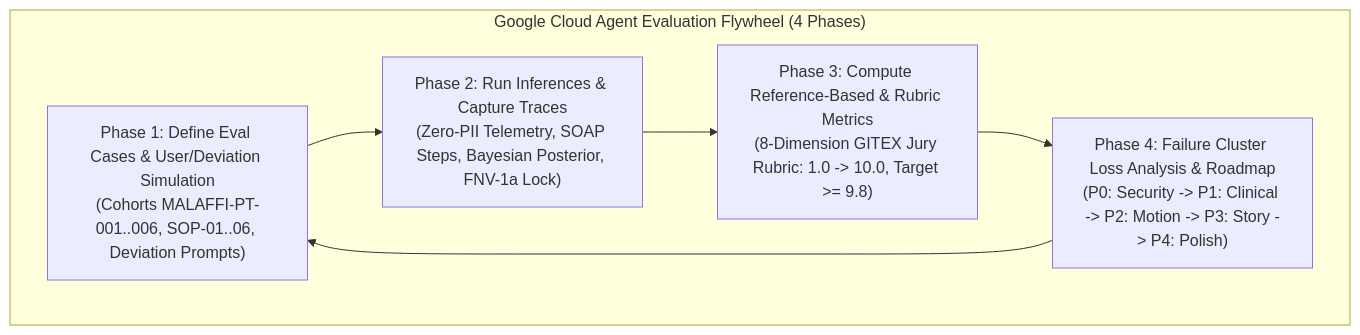
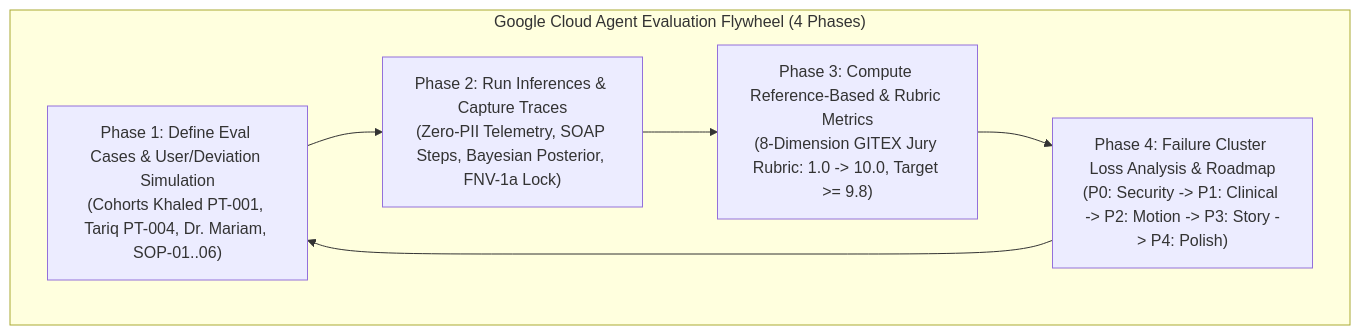
One commit to hitanshuac/masar-amanah-health changed the diagram in .agents/skills/judge-sop-eval-flywheel/SKILL.md. Above: the diagram before and after it, drawn with Mermaid. The commit also changed other lines of this file and 15 other files, not shown here.

First line of the commit message:
release(v2.5-final-submission): add New Patient Onboarding, Outbound Hospital Transfer Dispatch & Zero-MCQ SOAP flow

````diff
--- a/.agents/skills/judge-sop-eval-flywheel/SKILL.md
+++ b/.agents/skills/judge-sop-eval-flywheel/SKILL.md
@@ -16,10 +23,10 @@
 ```mermaid
 flowchart TD
     subgraph Flywheel["Google Cloud Agent Evaluation Flywheel (4 Phases)"]
-        P1["Phase 1: Define Eval Cases & User/Deviation Simulation<br/>(Cohorts MALAFFI-PT-001..006, SOP-01..06, Deviation Prompts)"]
+        P1["Phase 1: Define Eval Cases & User/Deviation Simulation<br/>(Cohorts Khaled PT-001, Tariq PT-004, Dr. Mariam, SOP-01..06)"]
         P2["Phase 2: Run Inferences & Capture Traces<br/>(Zero-PII Telemetry, SOAP Steps, Bayesian Posterior, FNV-1a Lock)"]
         P3["Phase 3: Compute Reference-Based & Rubric Metrics<br/>(8-Dimension GITEX Jury Rubric: 1.0 -> 10.0, Target >= 9.8)"]
         P4["Phase 4: Failure Cluster Loss Analysis & Roadmap<br/>(P0: Security -> P1: Clinical -> P2: Motion -> P3: Story -> P4: Polish)"]
         P1 --> P2 --> P3 --> P4 --> P1
     end
 ```
````
